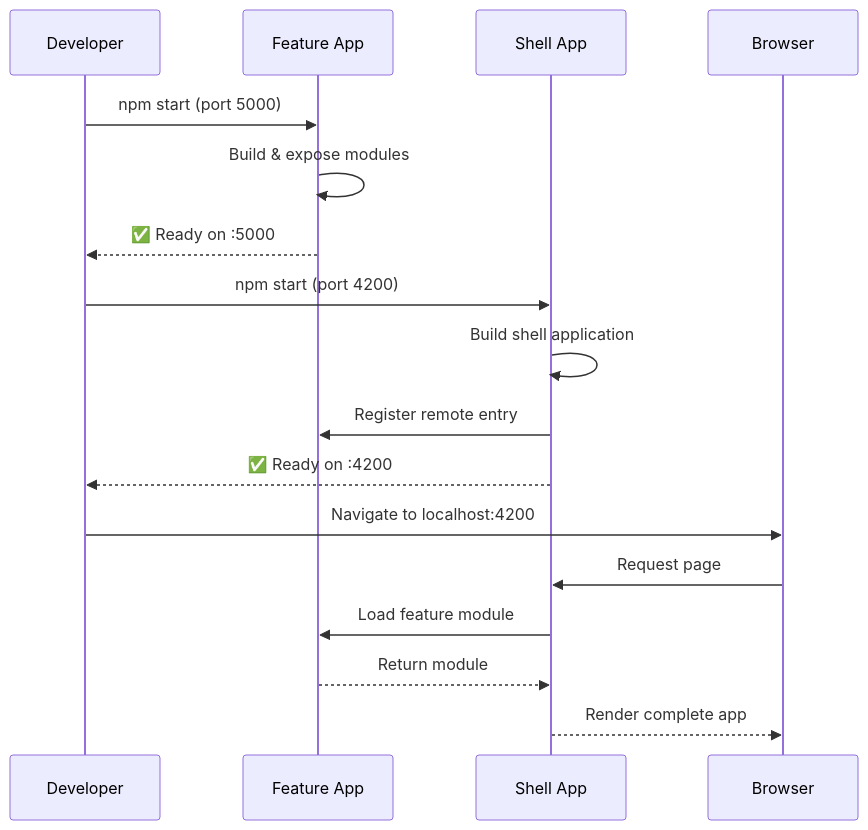
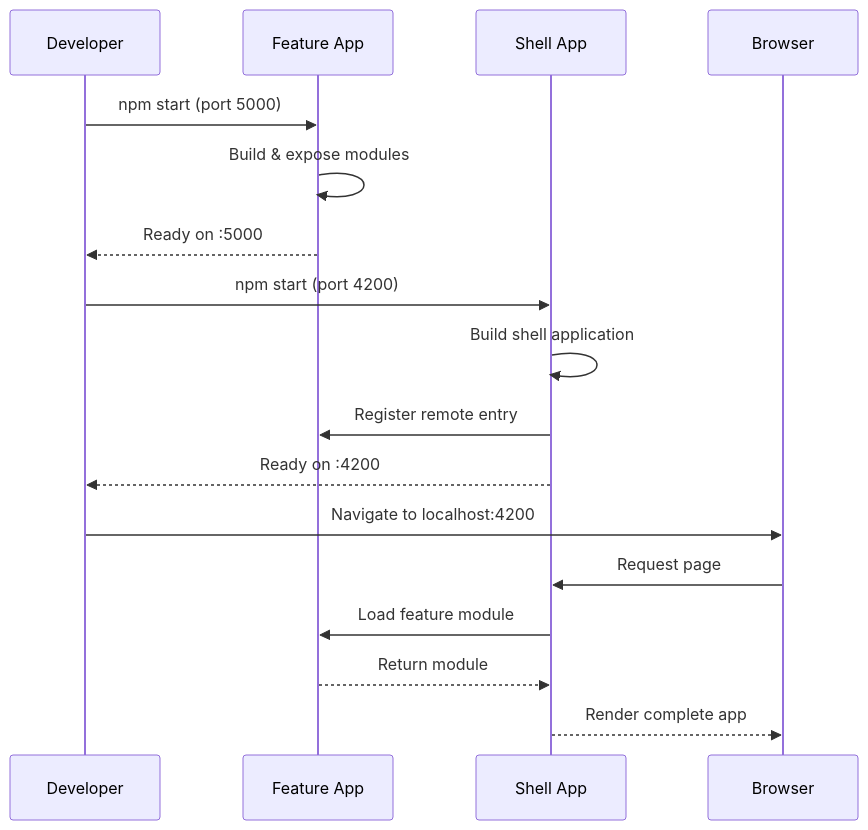
Before and after one commit to S-Sharvesh/Module_Federation: the fifth of 9 diagrams in README.md, drawn with Mermaid. The commit also changed other lines of this file and 12 other files, not shown here.

````diff
--- a/README.md
+++ b/README.md
@@ -289,22 +289,22 @@
 ```mermaid
 sequenceDiagram
     participant Dev as Developer
     participant F1 as Feature App
     participant Shell as Shell App
     participant Browser
 
     Dev->>F1: npm start (port 5000)
     F1->>F1: Build & expose modules
-    F1-->>Dev: ✅ Ready on :5000
+    F1-->>Dev:  Ready on :5000
 
     Dev->>Shell: npm start (port 4200)
     Shell->>Shell: Build shell application
     Shell->>F1: Register remote entry
-    Shell-->>Dev: ✅ Ready on :4200
+    Shell-->>Dev:  Ready on :4200
 
     Dev->>Browser: Navigate to localhost:4200
     Browser->>Shell: Request page
     Shell->>F1: Load feature module
     F1-->>Shell: Return module
     Shell-->>Browser: Render complete app
 ```
````
